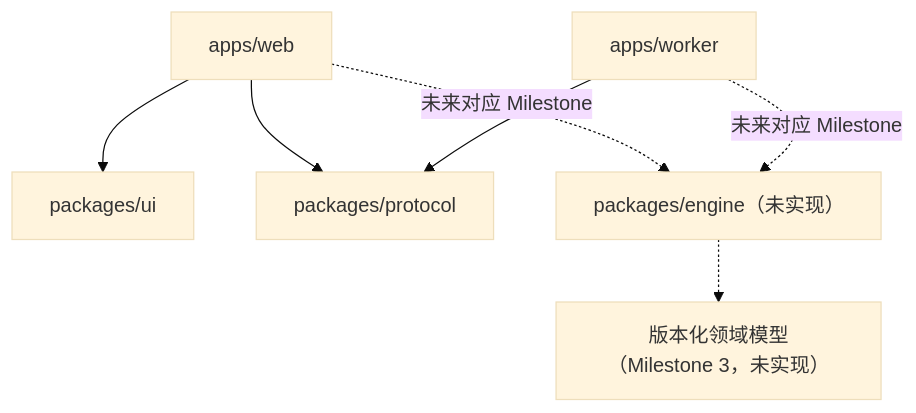
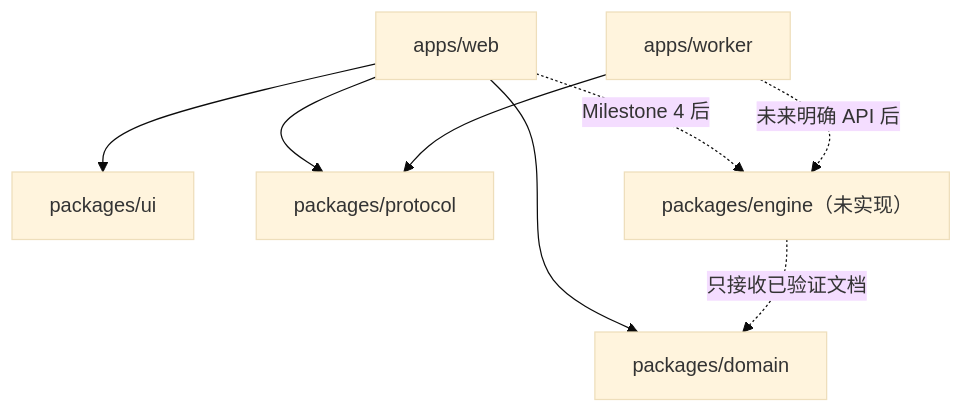
The second of 3 diagrams in docs/ARCHITECTURE.md (kasperyhr/axiom-garden), drawn with Mermaid (base theme) before and after one commit. The commit also changed other lines of this file and 58 other files, not shown here.

````diff
--- a/docs/ARCHITECTURE.md
+++ b/docs/ARCHITECTURE.md
@@ -50,9 +54,10 @@
 ```mermaid
 flowchart TD
   Web["apps/web"] --> UI["packages/ui"]
   Web --> Protocol["packages/protocol"]
+  Web --> Domain["packages/domain"]
   Worker["apps/worker"] --> Protocol
-  Web -. "未来对应 Milestone" .-> Engine["packages/engine（未实现）"]
-  Worker -. "未来对应 Milestone" .-> Engine
-  Engine -.-> Domain["版本化领域模型（Milestone 3，未实现）"]
+  Web -. "Milestone 4 后" .-> Engine["packages/engine（未实现）"]
+  Worker -. "未来明确 API 后" .-> Engine
+  Engine -. "只接收已验证文档" .-> Domain
 ```
````
